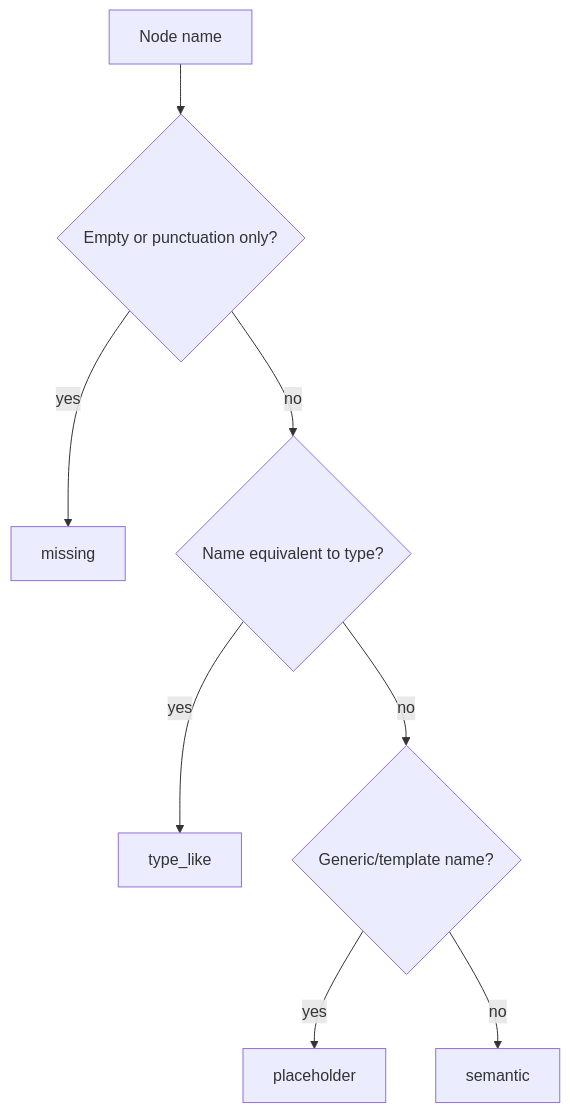
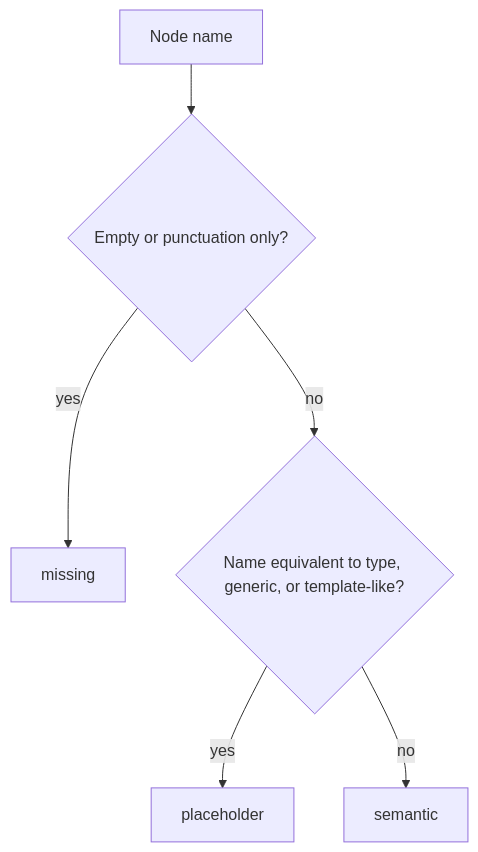
Before and after one commit to junaidiiith/mcp4cm: the fourth of 8 diagrams in docs/PIPELINE.md, drawn with Mermaid. The commit also changed other lines of this file and 12 other files, not shown here.

Commit message:
merge type-like and placeholder into single classification

````diff
--- a/docs/PIPELINE.md
+++ b/docs/PIPELINE.md
@@ -249,10 +248,8 @@
 ```mermaid
 flowchart TD
   A[Node name] --> B{Empty or punctuation only?}
   B -- yes --> M[missing]
-  B -- no --> C{Name equivalent to type?}
-  C -- yes --> T[type_like]
-  C -- no --> D{Generic/template name?}
-  D -- yes --> P[placeholder]
-  D -- no --> S[semantic]
+  B -- no --> C{Name equivalent to type, generic, or template-like?}
+  C -- yes --> P[placeholder]
+  C -- no --> S[semantic]
 ```
````
